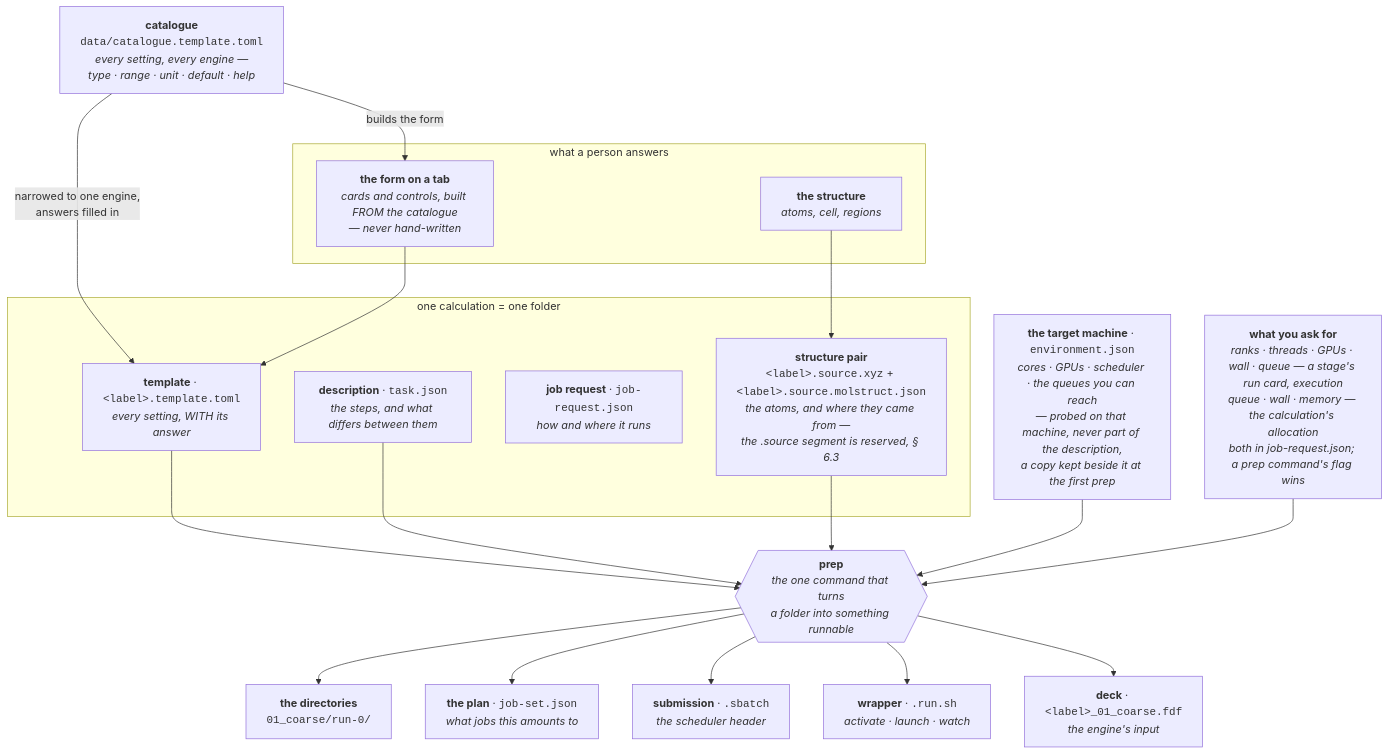
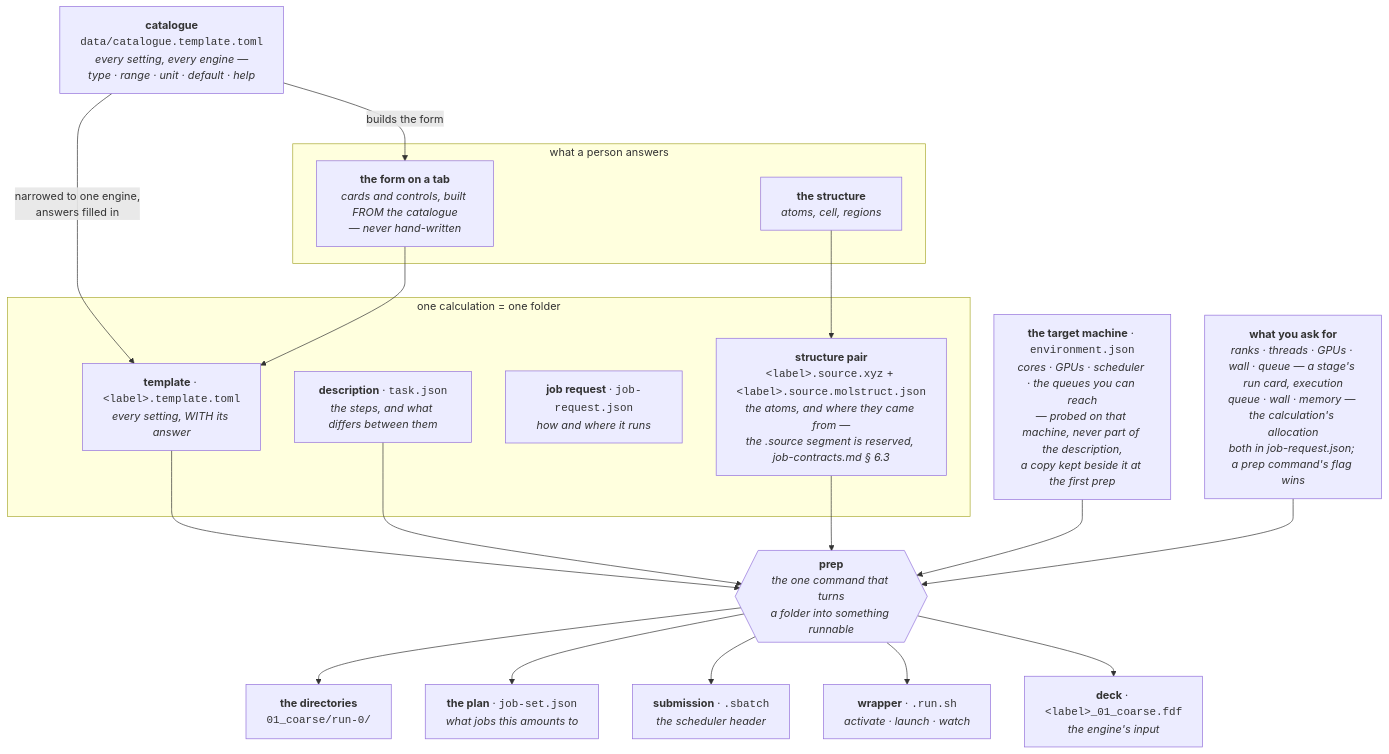
One commit to Qing-LAB/molbuilder changed the first of 4 diagrams in docs/workflow.md. Above: the diagram before and after it, drawn with Mermaid. The commit also changed other lines of this file and 47 other files, not shown here.

````diff
--- a/docs/workflow.md
+++ b/docs/workflow.md
@@ -112,39 +111,39 @@
 ```mermaid
 flowchart TB
     CAT["<b>catalogue</b><br/><code>data/catalogue.template.toml</code><br/><i>every setting, every engine —<br/>type · range · unit · default · help</i>"]
 
     subgraph P["what a person answers"]
       FORM["<b>the form on a tab</b><br/><i>cards and controls, built FROM the catalogue<br/>— never hand-written</i>"]
       STRUCT["<b>the structure</b><br/><i>atoms, cell, regions</i>"]
     end
 
     CAT -->|"builds the form"| FORM
     FORM --> TMPL
     CAT -->|"narrowed to one engine,<br/>answers filled in"| TMPL
 
     subgraph FOLDER["one calculation = one folder"]
       TMPL["<b>template</b> · <code>&lt;label&gt;.template.toml</code><br/><i>every setting, WITH its answer</i>"]
       TASK["<b>description</b> · <code>task.json</code><br/><i>the steps, and what differs between them</i>"]
       REQ["<b>job request</b> · <code>job-request.json</code><br/><i>how and where it runs</i>"]
-      XYZ["<b>structure pair</b><br/><code>&lt;label&gt;.source.xyz</code> + <code>&lt;label&gt;.source.molstruct.json</code><br/><i>the atoms, and where they came from —<br/>the .source segment is reserved, § 6.3</i>"]
+      XYZ["<b>structure pair</b><br/><code>&lt;label&gt;.source.xyz</code> + <code>&lt;label&gt;.source.molstruct.json</code><br/><i>the atoms, and where they came from —<br/>the .source segment is reserved, job-contracts.md § 6.3</i>"]
     end
 
     STRUCT --> XYZ
     TMPL --> PREP
     TASK --> PREP
     XYZ --> PREP
 
     ENV["<b>the target machine</b> · <code>environment.json</code><br/><i>cores · GPUs · scheduler · the queues you can reach<br/>— probed on that machine, never part of the description,<br/>a copy kept beside it at the first prep</i>"]
     ASK["<b>what you ask for</b><br/><i>ranks · threads · GPUs · wall · queue — a stage's run card, execution</i><br/><i>queue · wall · memory — the calculation's allocation</i><br/><i>both in job-request.json; a prep command's flag wins</i>"]
 
     ENV --> PREP
     ASK --> PREP
 
     PREP{{"<b>prep</b><br/><i>the one command that turns<br/>a folder into something runnable</i>"}}
 
     PREP --> DECK["<b>deck</b> · <code>&lt;label&gt;_01_coarse.fdf</code><br/><i>the engine's input</i>"]
     PREP --> WRAP["<b>wrapper</b> · <code>.run.sh</code><br/><i>activate · launch · watch</i>"]
     PREP --> SB["<b>submission</b> · <code>.sbatch</code><br/><i>the scheduler header</i>"]
     PREP --> JS["<b>the plan</b> · <code>job-set.json</code><br/><i>what jobs this amounts to</i>"]
     PREP --> DIRS["<b>the directories</b><br/><code>01_coarse/run-0/</code>"]
 ```
````
